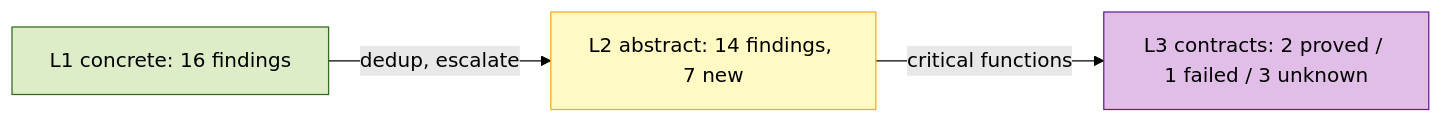
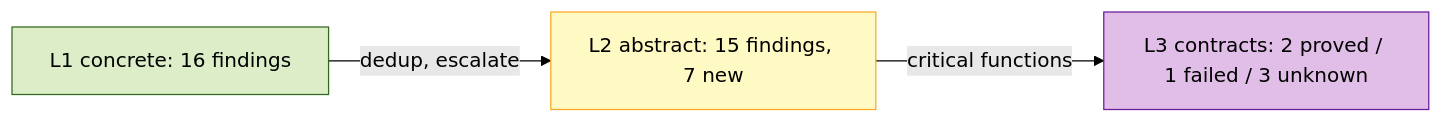
Before and after one commit to riantr/LunaFlow: the first of 11 diagrams in reports/local_module_0.0.0.md, drawn with Mermaid (forest theme). The commit also changed other lines of this file and 18 other files, not shown here.

````diff
--- a/reports/local_module_0.0.0.md
+++ b/reports/local_module_0.0.0.md
@@ -48,11 +48,11 @@
 ```mermaid
 flowchart LR
   classDef l1 fill:#dcedc8,stroke:#33691e
   classDef l2 fill:#fff9c4,stroke:#f9a825
   classDef l3 fill:#e1bee7,stroke:#6a1b9a
   L1["L1 concrete: 16 findings"]:::l1
-  L2["L2 abstract: 14 findings, 7 new"]:::l2
+  L2["L2 abstract: 15 findings, 7 new"]:::l2
   L3["L3 contracts: 2 proved / 1 failed / 3 unknown"]:::l3
   L1 -->|"dedup, escalate"| L2
   L2 -->|"critical functions"| L3
 ```
````
